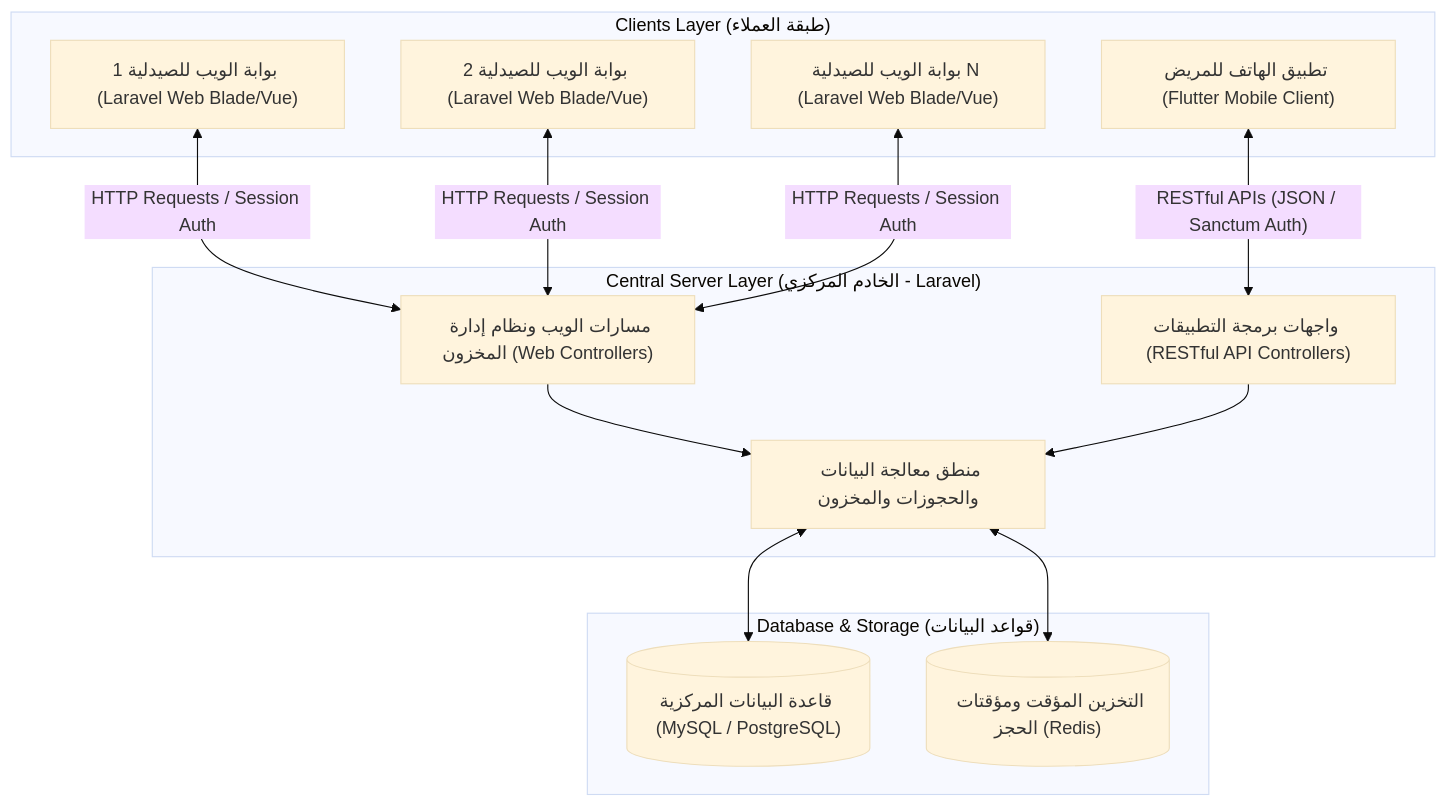
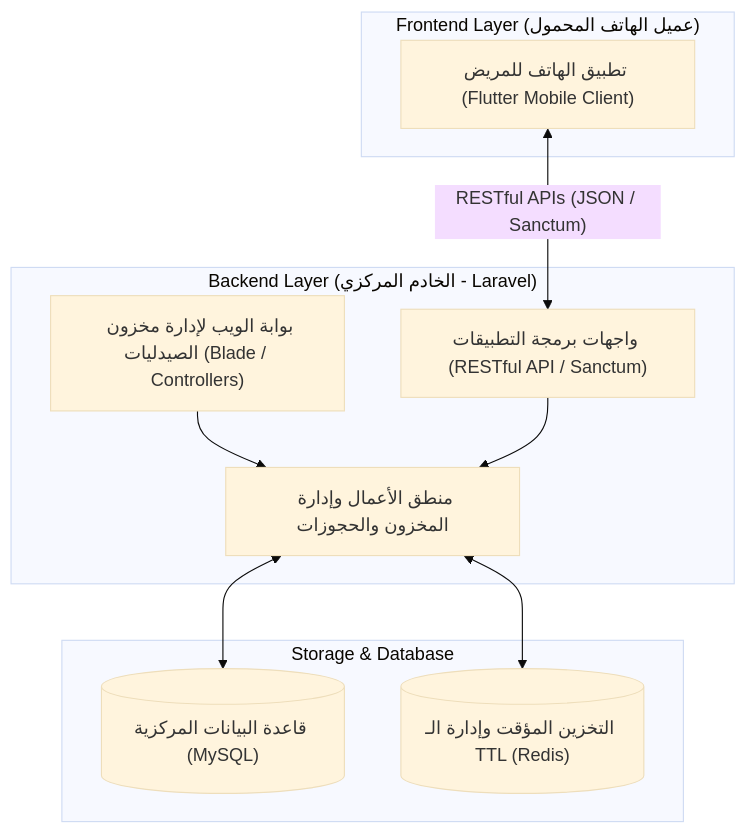
Before and after one commit to jacobkhaled01-spec/PharmaConnect: the diagram in مقترح_المشروع_المعتمد.md, drawn with Mermaid (base theme). The commit also changed other lines of this file and 15 other files, not shown here.

````diff
--- a/مقترح_المشروع_المعتمد.md
+++ b/مقترح_المشروع_المعتمد.md
@@ -65,30 +65,23 @@
 ```mermaid
 graph TD
-    subgraph "Clients Layer (طبقة العملاء)"
+    subgraph "Frontend Layer (عميل الهاتف المحمول)"
         C1["تطبيق الهاتف للمريض (Flutter Mobile Client)"]
-        C2["بوابة الويب للصيدلية 1 (Laravel Web Blade/Vue)"]
-        C3["بوابة الويب للصيدلية 2 (Laravel Web Blade/Vue)"]
-        C4["بوابة الويب للصيدلية N (Laravel Web Blade/Vue)"]
     end
 
-    subgraph "Central Server Layer (الخادم المركزي - Laravel)"
-        W_Route["مسارات الويب ونظام إدارة المخزون (Web Controllers)"]
-        A_Route["واجهات برمجة التطبيقات (RESTful API Controllers)"]
-        Business["منطق معالجة البيانات والحجوزات والمخزون"]
+    subgraph "Backend Layer (الخادم المركزي - Laravel)"
+        W_Route["بوابة الويب لإدارة مخزون الصيدليات (Blade / Controllers)"]
+        A_Route["واجهات برمجة التطبيقات (RESTful API / Sanctum)"]
+        Business["منطق الأعمال وإدارة المخزون والحجوزات"]
     end
 
-    subgraph "Database & Storage (قواعد البيانات)"
-        DB[("قاعدة البيانات المركزية (MySQL / PostgreSQL)")]
-        Cache[("التخزين المؤقت ومؤقتات الحجز (Redis)")]
+    subgraph "Storage & Database"
+        DB[("قاعدة البيانات المركزية (MySQL)")]
+        Cache[("التخزين المؤقت وإدارة الـ TTL (Redis)")]
     end
 
-    C1 <-->|"RESTful APIs (JSON / Sanctum Auth)"| A_Route
-    C2 <-->|"HTTP Requests / Session Auth"| W_Route
-    C3 <-->|"HTTP Requests / Session Auth"| W_Route
-    C4 <-->|"HTTP Requests / Session Auth"| W_Route
-
+    C1 <-->|"RESTful APIs (JSON / Sanctum)"| A_Route
     W_Route --> Business
     A_Route --> Business
     Business <--> DB
     Business <--> Cache
 ```
````
